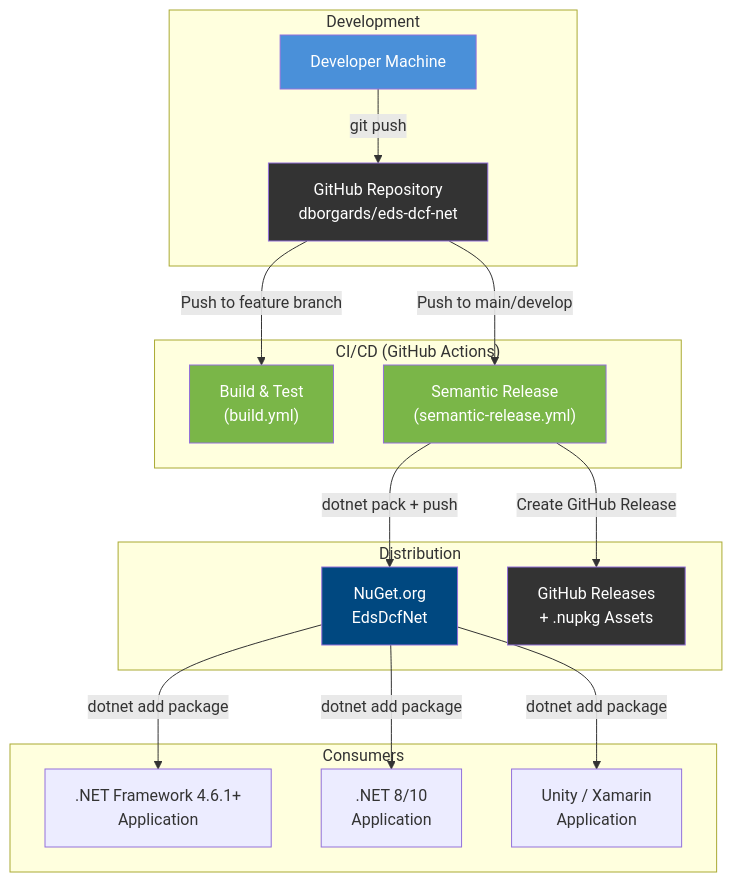
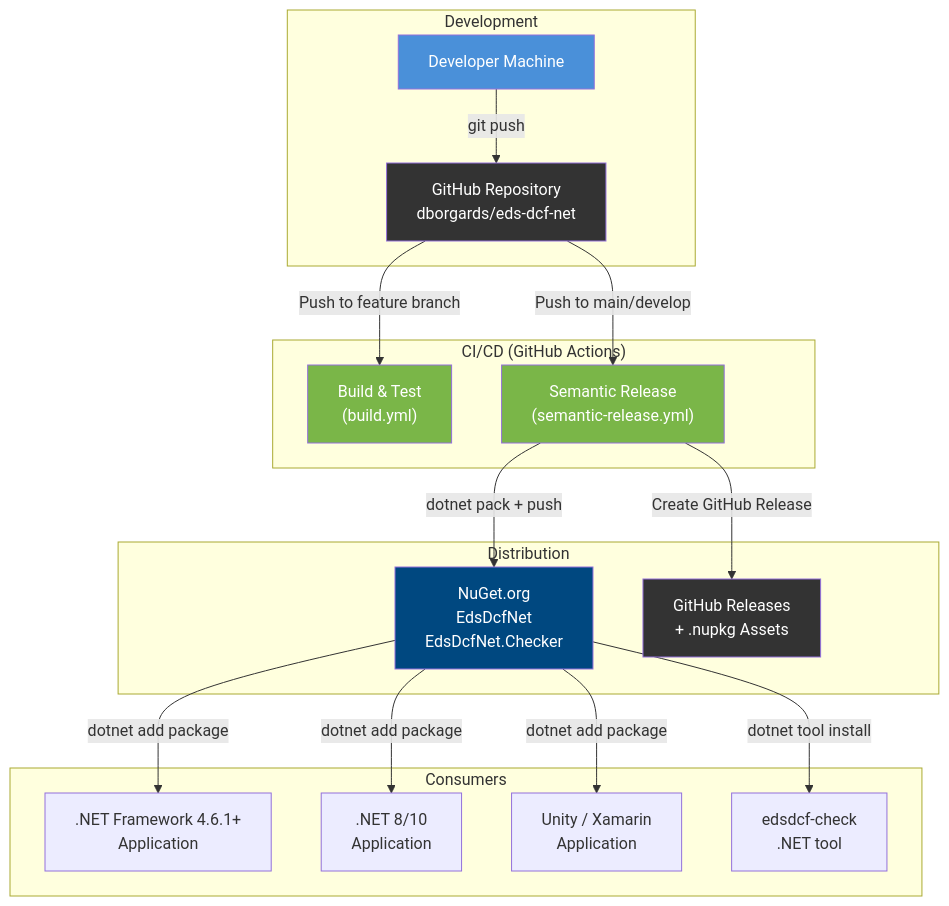
Before and after one commit to dborgards/eds-dcf-net: the first of 2 diagrams in docs/architecture/07-deployment-view.md, drawn with Mermaid. The commit also changed other lines of this file and 6 other files, not shown here.

````diff
--- a/docs/architecture/07-deployment-view.md
+++ b/docs/architecture/07-deployment-view.md
@@ -7,39 +7,41 @@
 ```mermaid
 graph TB
     subgraph Development ["Development"]
         Dev["Developer Machine"]
         GH["GitHub Repository<br/>dborgards/eds-dcf-net"]
     end
 
     subgraph CI ["CI/CD (GitHub Actions)"]
         Build["Build & Test<br/>(build.yml)"]
         Release["Semantic Release<br/>(semantic-release.yml)"]
     end
 
     subgraph Distribution ["Distribution"]
-        NuGet["NuGet.org<br/>EdsDcfNet"]
+        NuGet["NuGet.org<br/>EdsDcfNet<br/>EdsDcfNet.Checker"]
         GHR["GitHub Releases<br/>+ .nupkg Assets"]
     end
 
     subgraph Consumers ["Consumers"]
         App1[".NET Framework 4.6.1+<br/>Application"]
         App2[".NET 8/10<br/>Application"]
         App3["Unity / Xamarin<br/>Application"]
+        Cli["edsdcf-check<br/>.NET tool"]
     end
 
     Dev -->|git push| GH
     GH -->|Push to feature branch| Build
     GH -->|Push to main/develop| Release
     Release -->|dotnet pack + push| NuGet
     Release -->|Create GitHub Release| GHR
     NuGet -->|dotnet add package| App1
     NuGet -->|dotnet add package| App2
     NuGet -->|dotnet add package| App3
+    NuGet -->|dotnet tool install| Cli
 
     style Dev fill:#4A90D9,color:#fff
     style GH fill:#333,color:#fff
     style Build fill:#7AB648,color:#fff
     style Release fill:#7AB648,color:#fff
     style NuGet fill:#004880,color:#fff
     style GHR fill:#333,color:#fff
 ```
````
